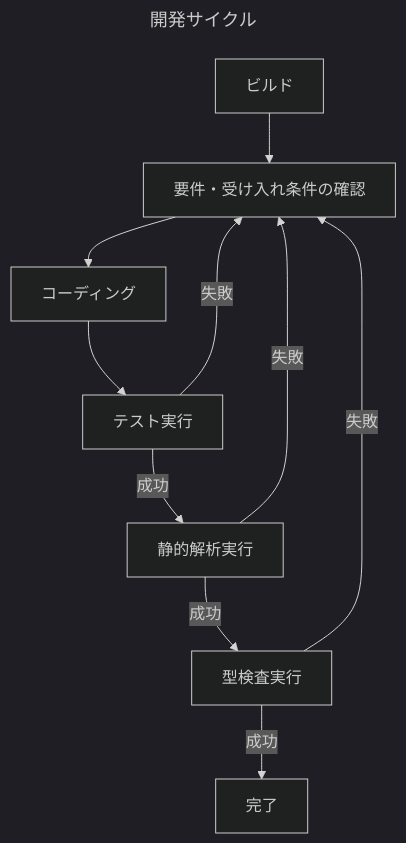
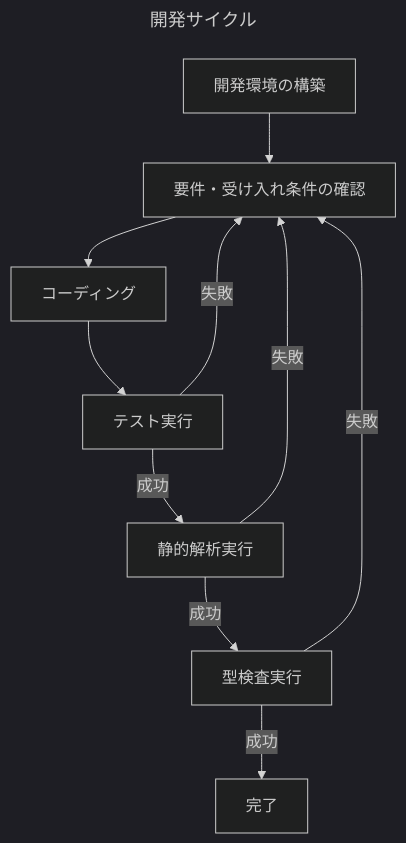
One commit to KentFujii/agile-calculator changed the diagram in README.md. Above: the diagram before and after it, drawn with Mermaid (dark theme). The commit also changed other lines of this file, not shown here.

````diff
--- a/README.md
+++ b/README.md
@@ -78,24 +79,24 @@
 ```mermaid
 ---
 title: 開発サイクル
 ---
 
 graph TD
-  A[ビルド]
+  A[開発環境の構築]
   B[要件・受け入れ条件の確認]
   C[コーディング]
   D[テスト実行]
   E[静的解析実行]
   F[型検査実行]
   G[完了]
 
   A --> B;
   B --> C;
   C --> D;
   D -- 成功 --> E;
   D -- 失敗 --> B;
   E -- 成功 --> F;
   E -- 失敗 --> B;
   F -- 成功 --> G;
   F -- 失敗 --> B;
 ```
````
